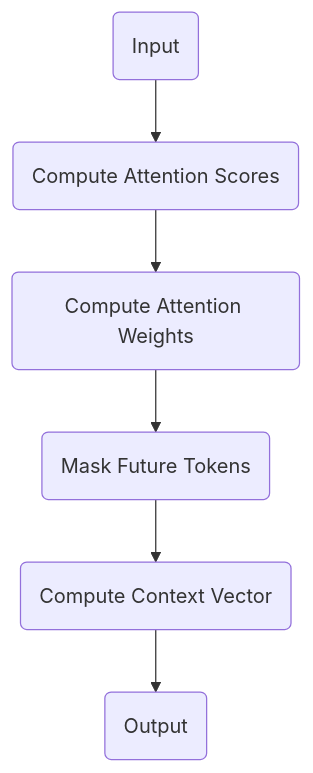
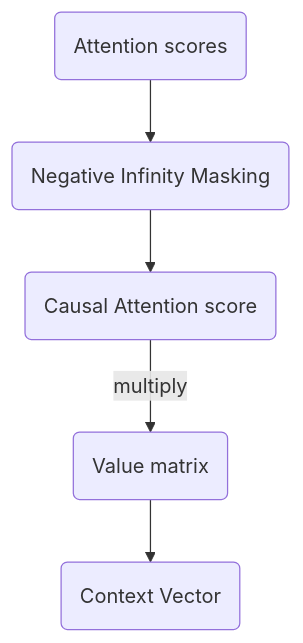
Before and after one commit to samratkar/samratkar.github.io: the diagram in _posts/concepts/genai/notes-codes/attention/2025-03-14-attention-overview.md, drawn with Mermaid. The commit also changed other lines of this file and 20 other files, not shown here.

```diff
--- a/_posts/concepts/genai/notes-codes/attention/2025-03-14-attention-overview.md
+++ b/_posts/concepts/genai/notes-codes/attention/2025-03-14-attention-overview.md
@@ -449,8 +450,7 @@
 <div class="mermaid">
 graph TD;
-    A(Input) --> B(Compute Attention Scores)
-    B --> C(Compute Attention Weights)
-    C --> D(Mask Future Tokens)
-    D --> E(Compute Context Vector)
-    E --> F(Output)
+    A(Attention scores) --> B(Negative Infinity Masking)
+    B --> C(Causal Attention score)
+    C --multiply--> D(Value matrix)
+    D --> E(Context Vector)
 </div>
```
